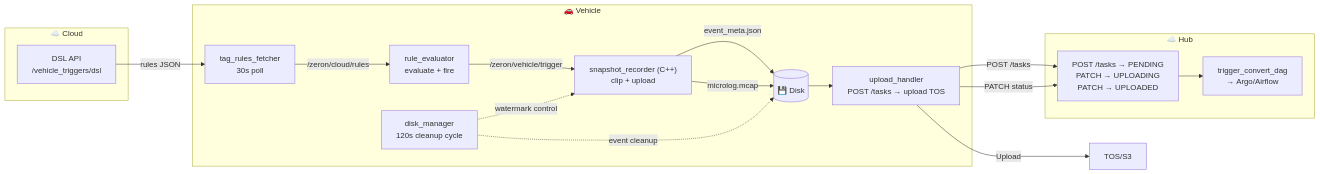
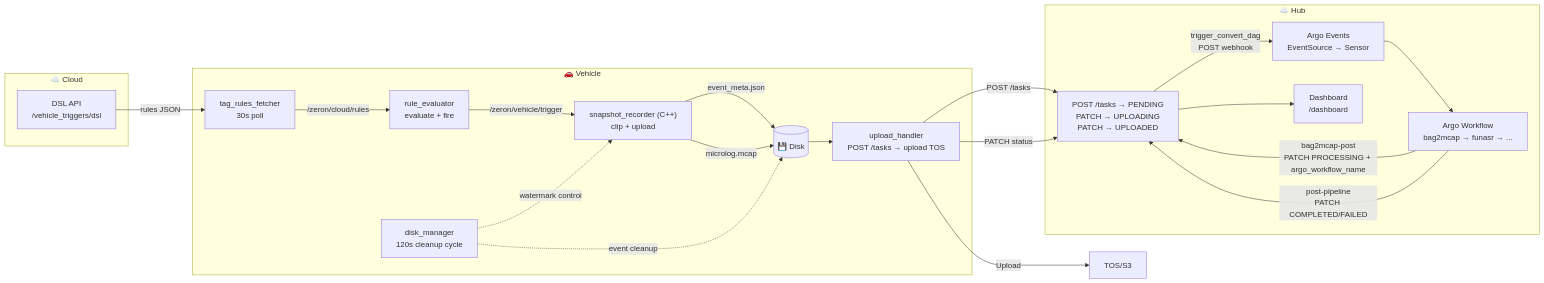
The first of 3 diagrams in skills/data-loop/SKILL.md (gottaBoy/my-skills), drawn with Mermaid before and after one commit. The commit also changed other lines of this file and 1 other file, not shown here.

````diff
--- a/skills/data-loop/SKILL.md
+++ b/skills/data-loop/SKILL.md
@@ -32,27 +32,33 @@
 ```mermaid
 flowchart LR
     subgraph Cloud["☁️ Cloud"]
         API["DSL API<br/>/vehicle_triggers/dsl"]
     end
 
     subgraph Vehicle["🚗 Vehicle"]
         FETCH["tag_rules_fetcher<br/>30s poll"] -->|"/zeron/cloud/rules"| EVAL["rule_evaluator<br/>evaluate + fire"]
         EVAL -->|"/zeron/vehicle/trigger"| REC["snapshot_recorder (C++)<br/>clip + upload"]
         REC -->|"event_meta.json"| DISK[("💾 Disk")]
         REC -->|"microlog.mcap"| DISK
         DISK --> UPLOAD["upload_handler<br/>POST /tasks → upload TOS"]
         DM["disk_manager<br/>120s cleanup cycle"] -.->|"watermark control"| REC
         DM -.->|"event cleanup"| DISK
     end
 
     subgraph Hub["☁️ Hub"]
         TASKS["POST /tasks → PENDING<br/>PATCH → UPLOADING<br/>PATCH → UPLOADED"]
-        DAG["trigger_convert_dag<br/>→ Argo/Airflow"]
+        EVENTS["Argo Events<br/>EventSource → Sensor"]
+        WF["Argo Workflow<br/>bag2mcap → funasr → ..."]
+        DASHBOARD["Dashboard<br/>/dashboard"]
     end
 
     API -->|"rules JSON"| FETCH
     UPLOAD -->|"POST /tasks"| TASKS
     UPLOAD -->|"PATCH status"| TASKS
     UPLOAD -->|"Upload"| S3["TOS/S3"]
-    TASKS --> DAG
+    TASKS -->|"trigger_convert_dag<br/>POST webhook"| EVENTS
+    EVENTS --> WF
+    WF -->|"bag2mcap-post<br/>PATCH PROCESSING + argo_workflow_name"| TASKS
+    WF -->|"post-pipeline<br/>PATCH COMPLETED/FAILED"| TASKS
+    TASKS --> DASHBOARD
 ```
````
